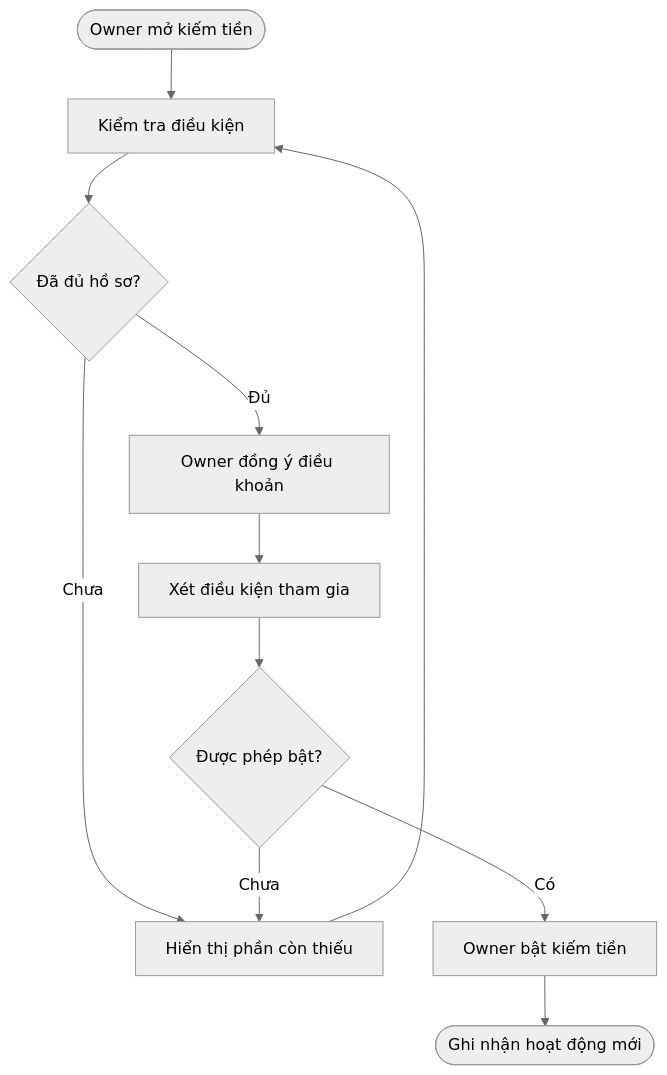
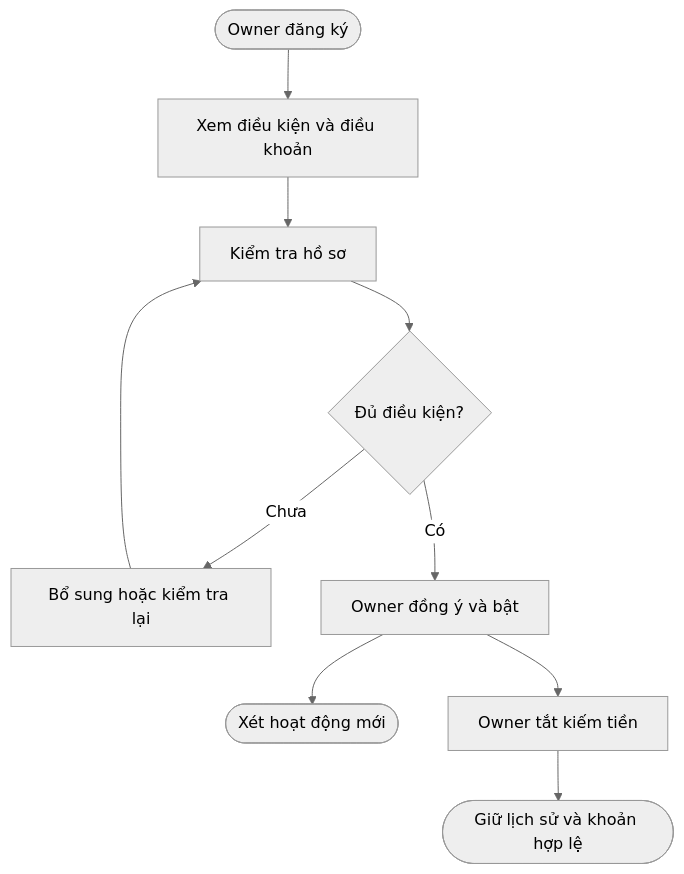
Before and after one commit to vlink-group/VlinkPay: the first of 5 diagrams in nexora/docs/business/business-oneqr-earnings.md, drawn with Mermaid (neutral theme). The commit also changed other lines of this file, not shown here.

````diff
--- a/nexora/docs/business/business-oneqr-earnings.md
+++ b/nexora/docs/business/business-oneqr-earnings.md
@@ -133,13 +92,12 @@
 ```mermaid
 flowchart TD
-    A([Owner mở kiếm tiền]) --> B[Kiểm tra điều kiện]
-    B --> C{Đã đủ hồ sơ?}
-    C -- Chưa --> D[Hiển thị phần còn thiếu]
-    D --> B
-    C -- Đủ --> E[Owner đồng ý điều khoản]
-    E --> F[Xét điều kiện tham gia]
-    F --> G{Được phép bật?}
-    G -- Chưa --> D
-    G -- Có --> H[Owner bật kiếm tiền]
-    H --> I([Ghi nhận hoạt động mới])
+    A([Owner đăng ký]) --> B[Xem điều kiện và điều khoản]
+    B --> C[Kiểm tra hồ sơ]
+    C --> D{Đủ điều kiện?}
+    D -- Chưa --> E[Bổ sung hoặc kiểm tra lại]
+    E --> C
+    D -- Có --> F[Owner đồng ý và bật]
+    F --> G([Xét hoạt động mới])
+    F --> H[Owner tắt kiếm tiền]
+    H --> I([Giữ lịch sử và khoản hợp lệ])
 ```
````
